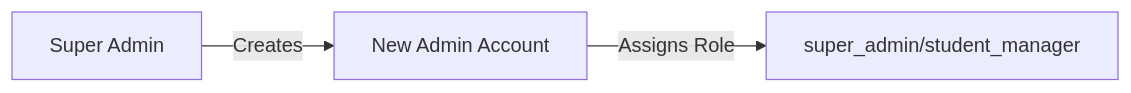
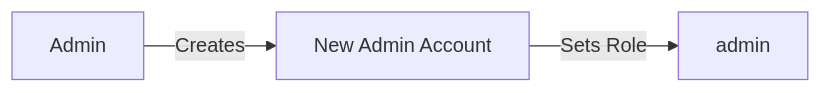
The first of 10 diagrams in docs/api-workflow.md (PTan2505/assigment_sdn), drawn with Mermaid before and after one commit. The commit also changed other lines of this file and 23 other files, not shown here.

````diff
--- a/docs/api-workflow.md
+++ b/docs/api-workflow.md
@@ -15,5 +15,5 @@
    ```mermaid
    graph LR
-       A[Super Admin] -->|Creates| B[New Admin Account]
-       B -->|Assigns Role| C[super_admin/student_manager]
+       A[Admin] -->|Creates| B[New Admin Account]
+       B -->|Sets Role| C[admin]
    ```
````
